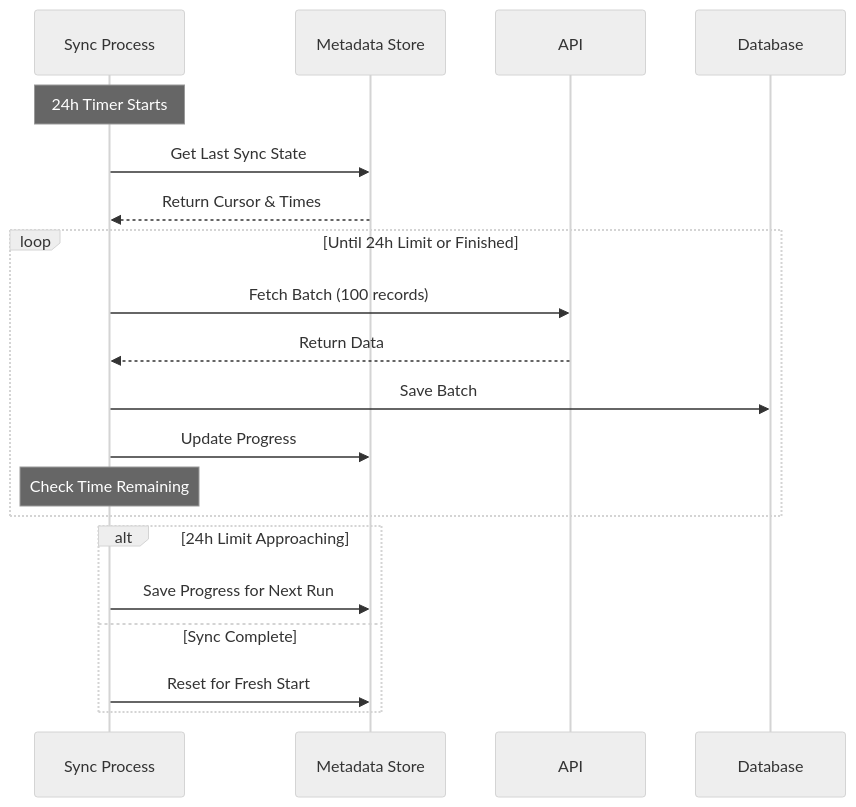
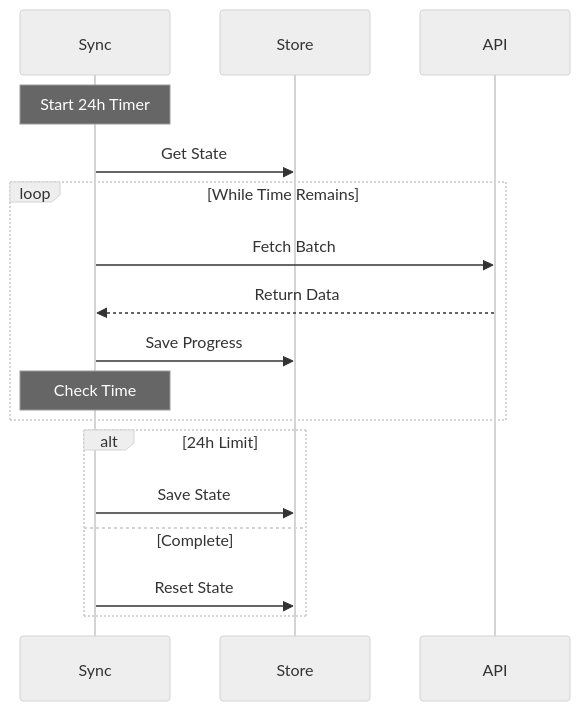
One commit to NangoHQ/integration-templates changed the second of 2 diagrams in .cursor/rules/nango-script-best-practices.mdc. Above: the diagram before and after it, drawn with Mermaid (neutral theme). The commit also changed other lines of this file and 2 other files, not shown here.

Commit message:
simplify visualization

````diff
--- a/.cursor/rules/nango-script-best-practices.mdc
+++ b/.cursor/rules/nango-script-best-practices.mdc
@@ -700,25 +687,22 @@
 ```mermaid
 sequenceDiagram
-    participant S as Sync Process
-    participant M as Metadata Store
-    participant A as API
-    participant D as Database
-
-    Note over S: 24h Timer Starts
-    S->>M: Get Last Sync State
-    M-->>S: Return Cursor & Times
+    participant Sync
+    participant Store
+    participant API
     
-    loop Until 24h Limit or Finished
-        S->>A: Fetch Batch (100 records)
-        A-->>S: Return Data
-        S->>D: Save Batch
-        S->>M: Update Progress
-        Note over S: Check Time Remaining
+    Note over Sync: Start 24h Timer
+    Sync->>Store: Get State
+    
+    loop While Time Remains
+        Sync->>API: Fetch Batch
+        API-->>Sync: Return Data
+        Sync->>Store: Save Progress
+        Note over Sync: Check Time
     end
     
-    alt 24h Limit Approaching
-        S->>M: Save Progress for Next Run
-    else Sync Complete
-        S->>M: Reset for Fresh Start
+    alt 24h Limit
+        Sync->>Store: Save State
+    else Complete
+        Sync->>Store: Reset State
     end
 ```
````
